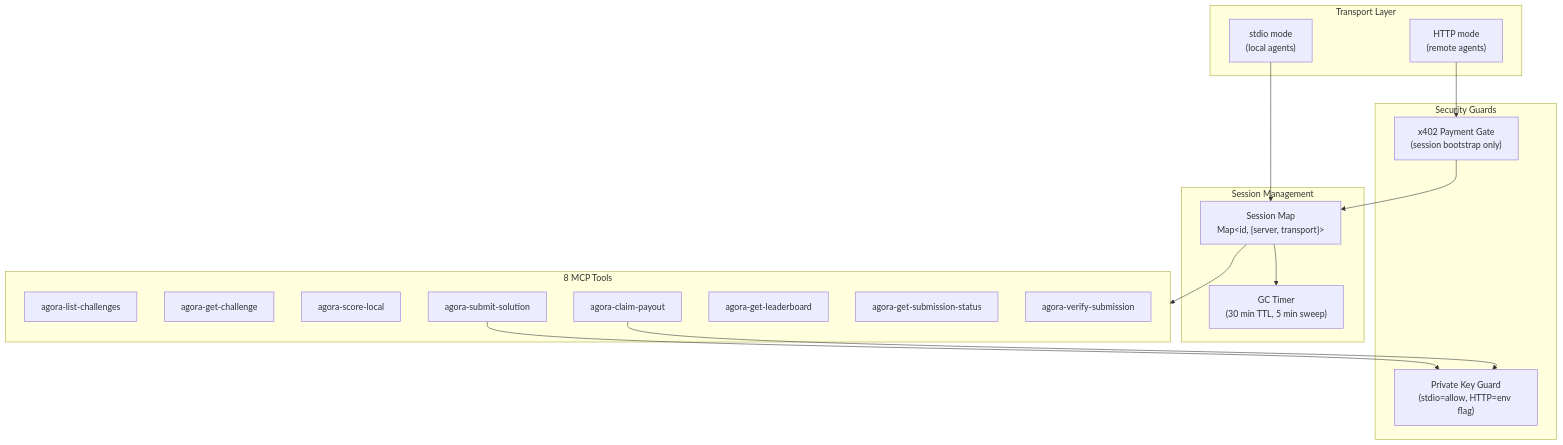
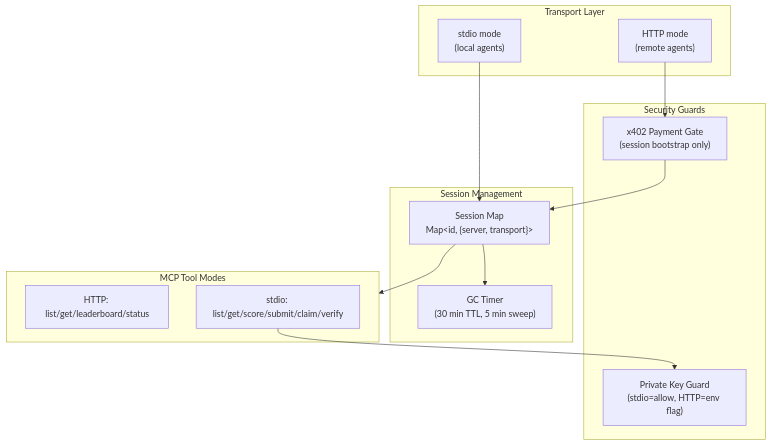
Diagram 11 of 16 in docs/architecture.md (andymolecule/Hermes), drawn with Mermaid before and after one commit. The commit also changed other lines of this file and 63 other files, not shown here.

````diff
--- a/docs/architecture.md
+++ b/docs/architecture.md
@@ -465,36 +467,29 @@
 ```mermaid
 flowchart TB
     subgraph Transport["Transport Layer"]
         STDIO["stdio mode<br/>(local agents)"]
         HTTP["HTTP mode<br/>(remote agents)"]
     end
 
     subgraph Sessions["Session Management"]
         SM["Session Map<br/>Map&lt;id, {server, transport}&gt;"]
         GC["GC Timer<br/>(30 min TTL, 5 min sweep)"]
     end
 
     subgraph Guard["Security Guards"]
         X402["x402 Payment Gate<br/>(session bootstrap only)"]
         PKG["Private Key Guard<br/>(stdio=allow, HTTP=env flag)"]
     end
 
-    subgraph Tools["8 MCP Tools"]
-        T1["agora-list-challenges"]
-        T2["agora-get-challenge"]
-        T3["agora-score-local"]
-        T4["agora-submit-solution"]
-        T5["agora-claim-payout"]
-        T6["agora-get-leaderboard"]
-        T7["agora-get-submission-status"]
-        T8["agora-verify-submission"]
+    subgraph Tools["MCP Tool Modes"]
+        R1["HTTP: list/get/leaderboard/status"]
+        L1["stdio: list/get/score/submit/claim/verify"]
     end
 
     STDIO --> SM
     HTTP --> X402
     X402 --> SM
     SM --> GC
     SM --> Tools
-    T4 --> PKG
-    T5 --> PKG
+    L1 --> PKG
 ```
````
